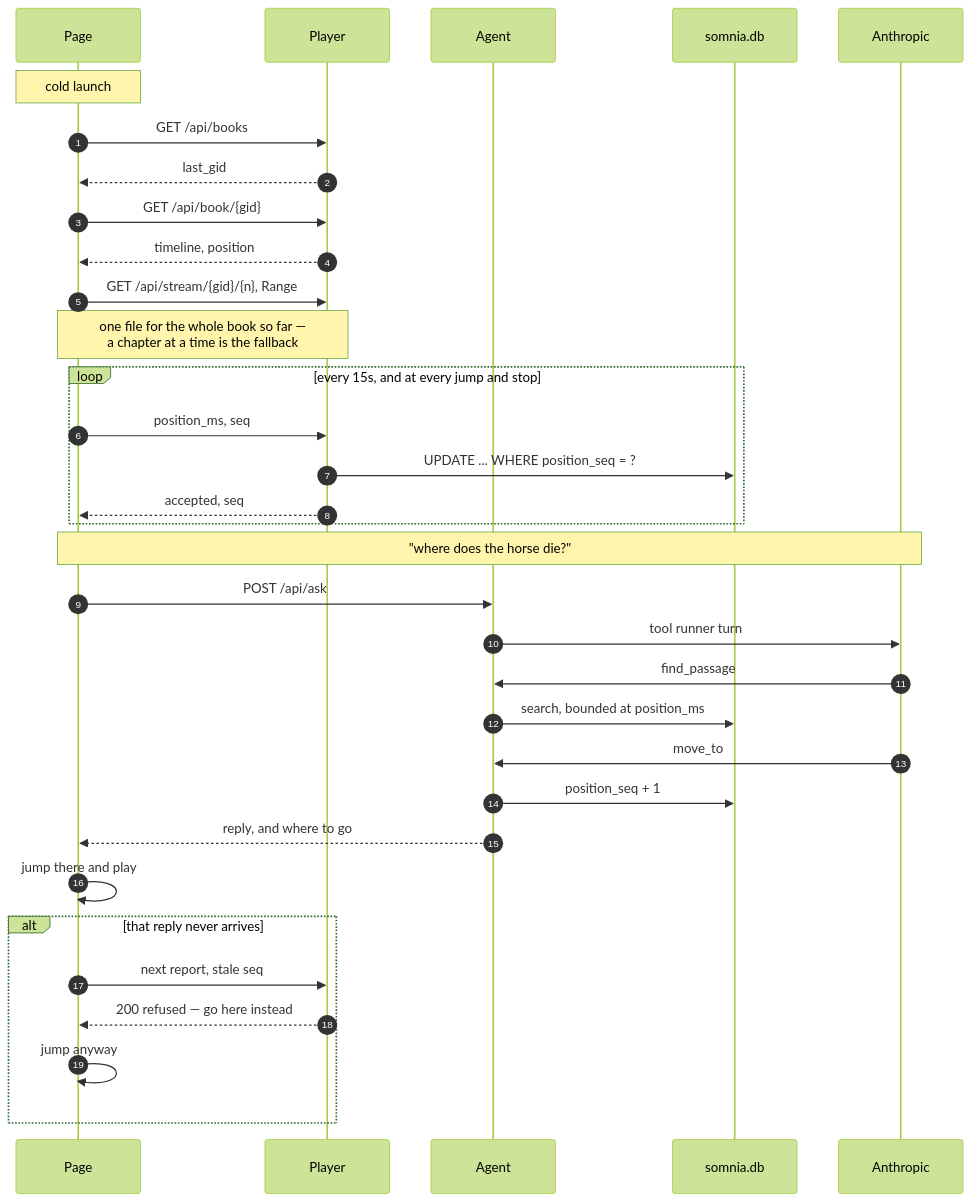
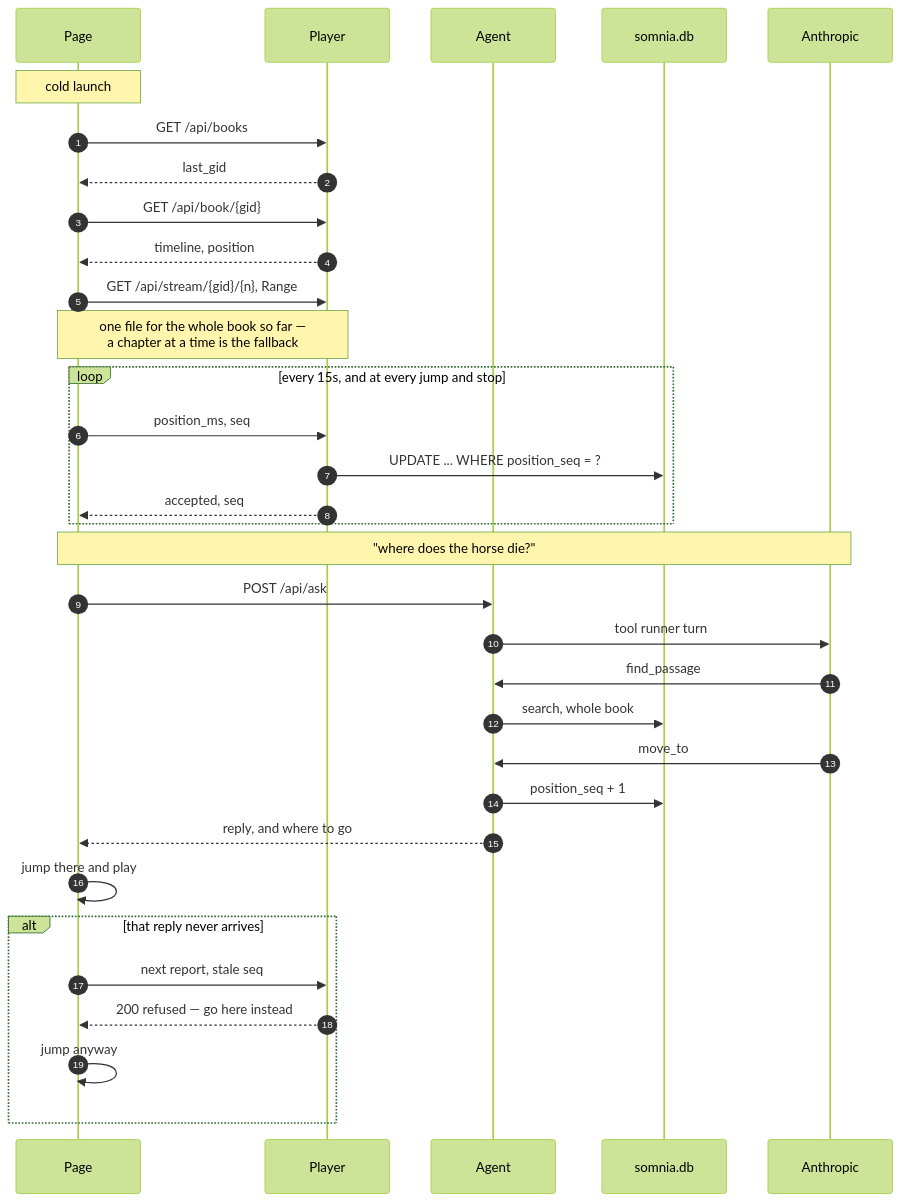
One commit to gilesknap/somnia changed the fourth of 5 diagrams in docs/explanations/architecture.md. Above: the diagram before and after it, drawn with Mermaid (forest theme). The commit also changed other lines of this file and 9 other files, not shown here.

````diff
--- a/docs/explanations/architecture.md
+++ b/docs/explanations/architecture.md
@@ -269,39 +269,39 @@
 ```mermaid
 sequenceDiagram
   autonumber
   participant P as Page
   participant PL as Player
   participant AG as Agent
   participant DB as somnia.db
   participant AN as Anthropic
 
   Note over P: cold launch
   P->>PL: GET /api/books
   PL-->>P: last_gid
   P->>PL: GET /api/book/{gid}
   PL-->>P: timeline, position
   P->>PL: GET /api/stream/{gid}/{n}, Range
   Note over P,PL: one file for the whole book so far —<br>a chapter at a time is the fallback
 
   loop every 15s, and at every jump and stop
     P->>PL: position_ms, seq
     PL->>DB: UPDATE ... WHERE position_seq = ?
     PL-->>P: accepted, seq
   end
 
   Note over P,AN: "where does the horse die?"
   P->>AG: POST /api/ask
   AG->>AN: tool runner turn
   AN->>AG: find_passage
-  AG->>DB: search, bounded at position_ms
+  AG->>DB: search, whole book
   AN->>AG: move_to
   AG->>DB: position_seq + 1
   AG-->>P: reply, and where to go
   P->>P: jump there and play
 
   alt that reply never arrives
     P->>PL: next report, stale seq
     PL-->>P: 200 refused — go here instead
     P->>P: jump anyway
   end
 ```
````
